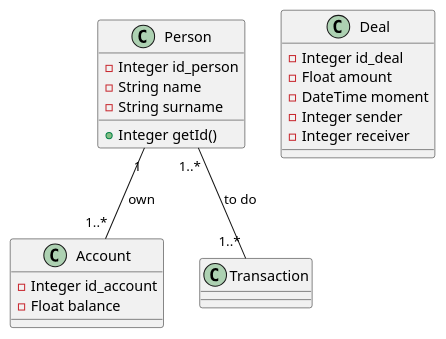
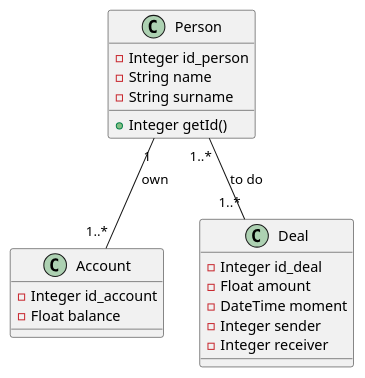
One commit to bruaba/TCHAI-CHEIKH-MARONE-ELIO-KHATER changed the diagram in UML/diagram.puml. Above: the diagram before and after it, drawn with PlantUML.

Commit message:
update readme.md Because there was an error in UML diagram

```diff
--- a/UML/diagram.puml
+++ b/UML/diagram.puml
@@ -2,30 +2,30 @@
 @startuml
 
 
 
 class Person {
 	- Integer id_person
 	- String name
 	- String surname
 
 	+ Integer getId()
 }
 
 class Account {
 	- Integer id_account
 	- Float balance
 }
 
 class Deal {
 
 	- Integer id_deal
 	- Float amount
 	- DateTime moment
 	- Integer sender
 	- Integer receiver
 }
 
-Person "1..*" -- "1..*" Transaction : to do
+Person "1..*" -- "1..*" Deal : to do
 Person "1" -- "1..*" Account : own
 
 @enduml
```
